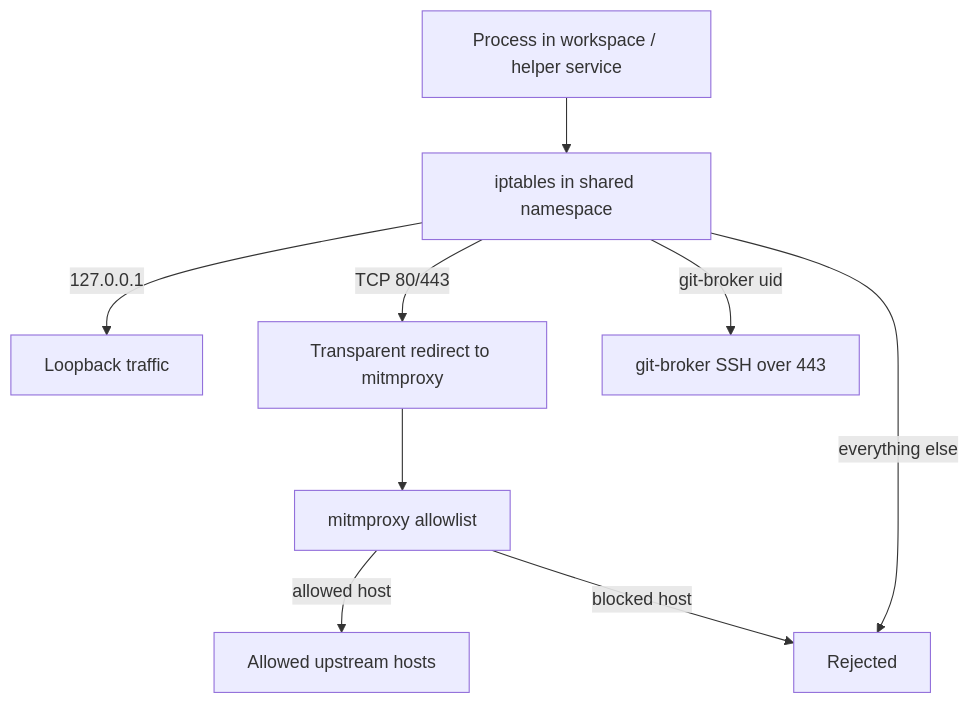
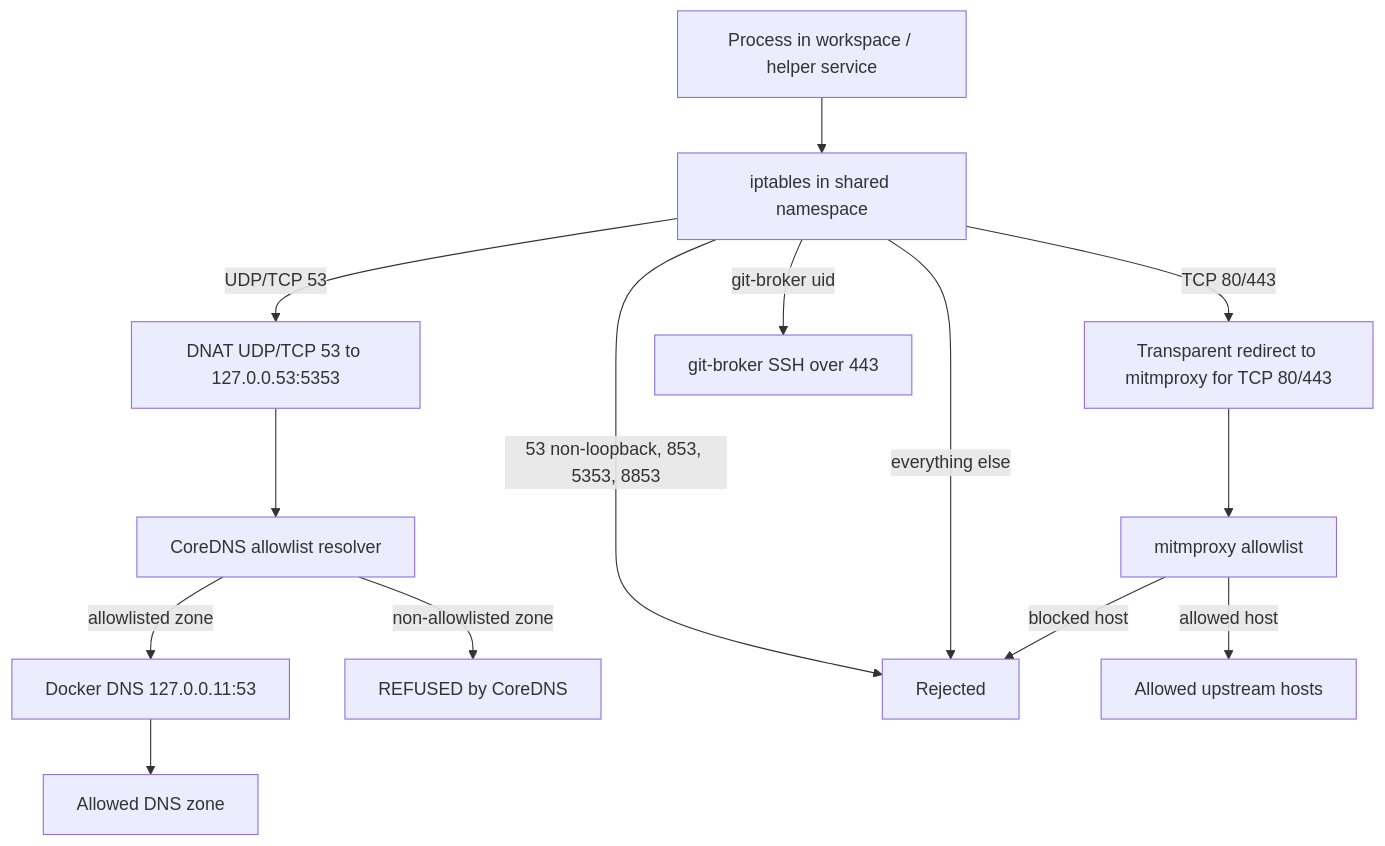
The second of 3 diagrams in README.md (sachitv/opencode-omo-sandbox-docker), drawn with Mermaid before and after one commit. The commit also changed other lines of this file and 11 other files, not shown here.

First line of the commit message:
Add CoreDNS DNS allowlist resolver to close DNS exfiltration channel (#3)

````diff
--- a/README.md
+++ b/README.md
@@ -95,20 +141,29 @@
 ```mermaid
 flowchart TD
   Proc[Process in workspace / helper service]
   Rules[iptables in shared namespace]
-  Loopback[Loopback traffic]
-  Redirect[Transparent redirect to mitmproxy]
+  DNSRedirect[DNAT UDP/TCP 53 to 127.0.0.53:5353]
+  CoreDNS[CoreDNS allowlist resolver]
+  DockerDNS[Docker DNS 127.0.0.11:53]
+  DNSAllow[Allowed DNS zone]
+  DNSRefuse[REFUSED by CoreDNS]
+  Redirect[Transparent redirect to mitmproxy for TCP 80/443]
   BrokerSSH[git-broker SSH over 443]
   Block[Rejected]
   Allowlist[mitmproxy allowlist]
   Upstream[Allowed upstream hosts]
 
   Proc --> Rules
-  Rules -->|127.0.0.1| Loopback
+  Rules -->|UDP/TCP 53| DNSRedirect
+  DNSRedirect --> CoreDNS
+  CoreDNS -->|allowlisted zone| DockerDNS
+  CoreDNS -->|non-allowlisted zone| DNSRefuse
+  DockerDNS --> DNSAllow
   Rules -->|TCP 80/443| Redirect
   Rules -->|git-broker uid| BrokerSSH
+  Rules -->|53 non-loopback, 853, 5353, 8853| Block
   Rules -->|everything else| Block
   Redirect --> Allowlist
   Allowlist -->|allowed host| Upstream
   Allowlist -->|blocked host| Block
 ```
````
